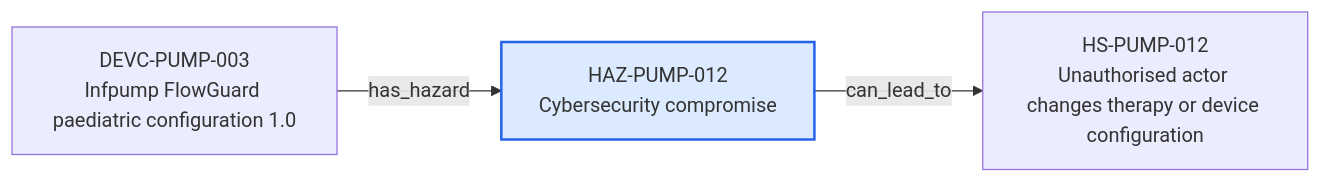
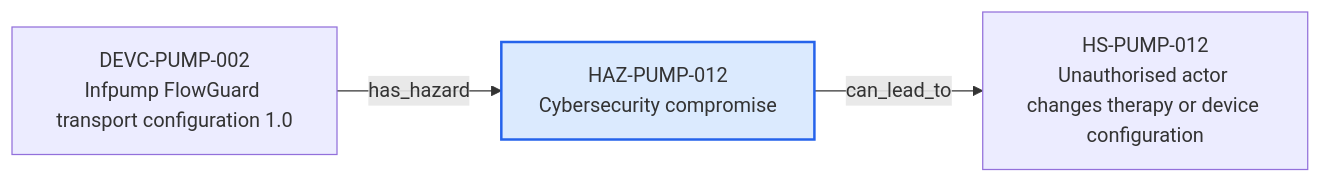
Before and after one commit to mvattulainen/mdrontology: the diagram in content/06-Infpump FlowGuard ontology notes/hazard/HAZ-PUMP-012-cybersecurity-compromise.md, drawn with Mermaid. The commit also changed other lines of this file and 321 other files, not shown here.

Commit message:
Implement Mermaid ontology audit findings

````diff
--- a/content/06-Infpump FlowGuard ontology notes/hazard/HAZ-PUMP-012-cybersecurity-compromise.md
+++ b/content/06-Infpump FlowGuard ontology notes/hazard/HAZ-PUMP-012-cybersecurity-compromise.md
@@ -71,10 +73,10 @@
 ```mermaid
 flowchart LR
   CURRENT["HAZ-PUMP-012<br/>Cybersecurity compromise"]
-  PREV0["DEVC-PUMP-003<br/>Infpump FlowGuard paediatric configuration 1.0"]
+  PREV0["DEVC-PUMP-002<br/>Infpump FlowGuard transport configuration 1.0"]
   PREV0 -->|"has_hazard"| CURRENT
   NEXT0["HS-PUMP-012<br/>Unauthorised actor changes therapy or device configuration"]
   CURRENT -->|"can_lead_to"| NEXT0
   classDef current fill:#dbeafe,stroke:#2563eb,stroke-width:2px
   class CURRENT current
 ```
````
